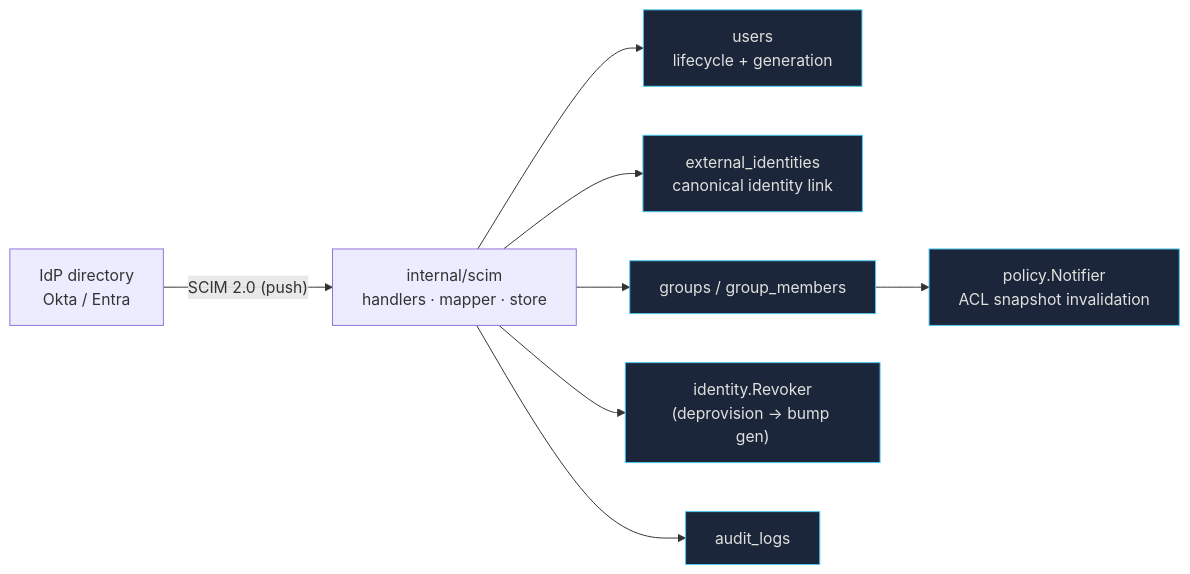
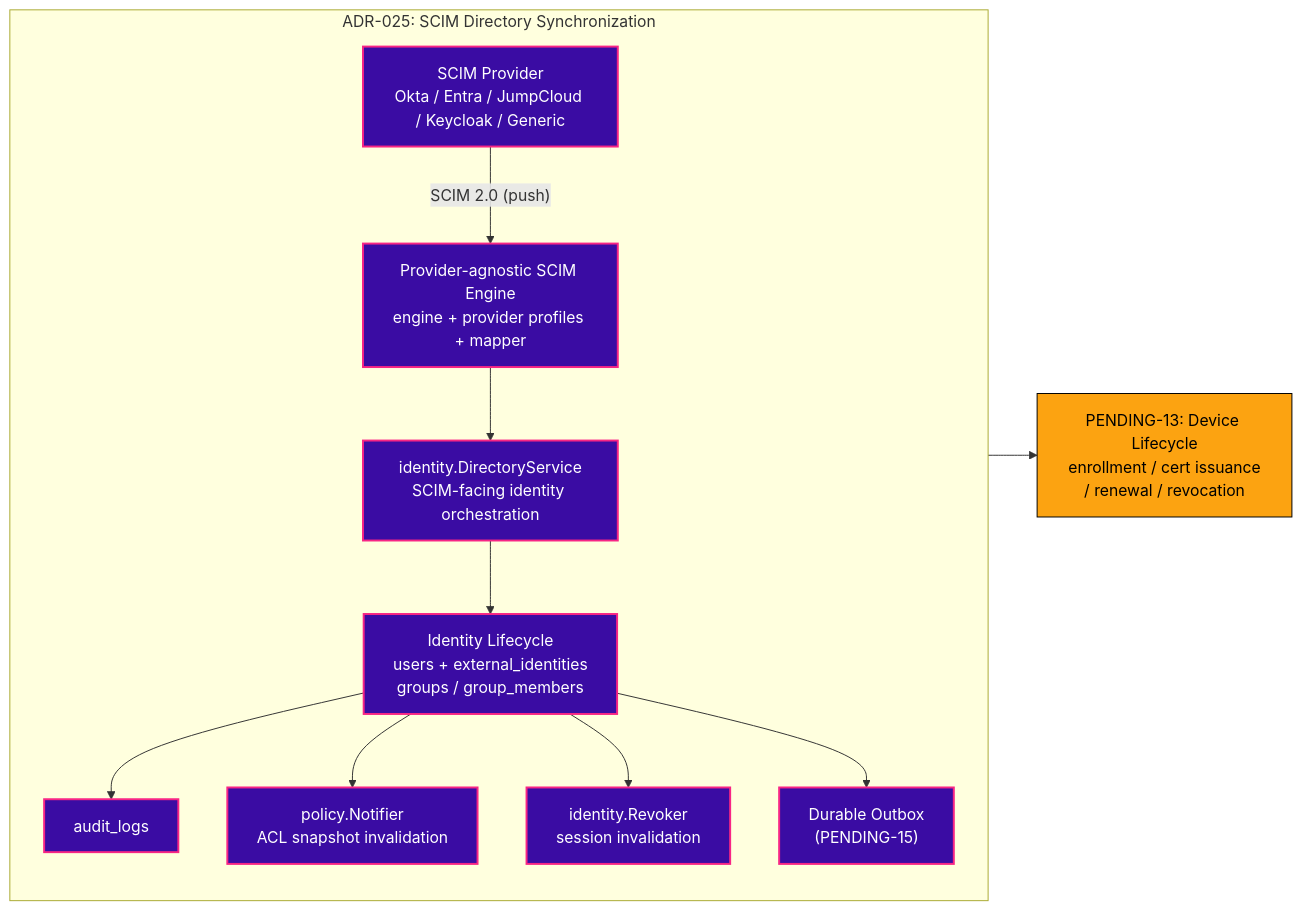
One commit to vairabarath/zecurity changed the first of 2 diagrams in .zecurity-obs/Decisions/ADR-025-SCIM-Directory-Synchronization.md. Above: the diagram before and after it, drawn with Mermaid. The commit also changed other lines of this file and 1 other file, not shown here.

Commit message:
docs: align SCIM lifecycle and outbox workspace model

````diff
--- a/.zecurity-obs/Decisions/ADR-025-SCIM-Directory-Synchronization.md
+++ b/.zecurity-obs/Decisions/ADR-025-SCIM-Directory-Synchronization.md
@@ -72,13 +72,31 @@
 ```mermaid
 flowchart LR
-    IdP["IdP directory<br/>Okta / Entra"] -->|"SCIM 2.0 (push)"| S["internal/scim<br/>handlers · mapper · store"]
-    S --> U["users<br/>lifecycle + generation"]
-    S --> EI["external_identities<br/>canonical identity link"]
-    S --> GM["groups / group_members"]
-    S --> REV["identity.Revoker<br/>(deprovision → bump gen)"]
-    S --> AUD["audit_logs"]
-    GM --> POL["policy.Notifier<br/>ACL snapshot invalidation"]
+    subgraph "ADR-025: SCIM Directory Synchronization"
+        direction TB
+        IdP["SCIM Provider<br/>Okta / Entra / JumpCloud / Keycloak / Generic"]
+        S["Provider-agnostic SCIM Engine<br/>engine + provider profiles + mapper"]
+        DS["identity.DirectoryService<br/>SCIM-facing identity orchestration"]
+        IL["Identity Lifecycle<br/>users + external_identities<br/>groups / group_members"]
+        AUD["audit_logs"]
+        POL["policy.Notifier<br/>ACL snapshot invalidation"]
+        REV["identity.Revoker<br/>session invalidation"]
+        OUT["Durable Outbox<br/>(PENDING-15)"]
+    end
 
-    classDef reuse fill:#1b263b,stroke:#4cc9f0,color:#e0e1dd;
-    class U,EI,GM,REV,AUD,POL reuse;
+    P13["PENDING-13: Device Lifecycle<br/>enrollment / cert issuance<br/>/ renewal / revocation"]
+
+    IdP -->|"SCIM 2.0 (push)"| S
+    S --> DS
+    DS --> IL
+    IL --> AUD
+    IL --> POL
+    IL --> REV
+    IL --> OUT
+    OUT --> P13
+
+    classDef adr fill:#3a0ca3,stroke:#f72585,color:#fff,stroke-width:2px;
+    classDef shared fill:#1b263b,stroke:#4cc9f0,color:#e0e1dd;
+    classDef downstream fill:#fca311,stroke:#000,color:#000;
+    class IdP,S,DS,IL,AUD,POL,REV,OUT adr;
+    class P13 downstream;
 ```
````
